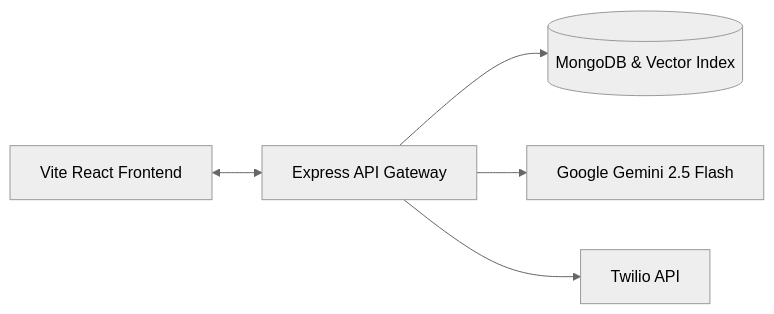
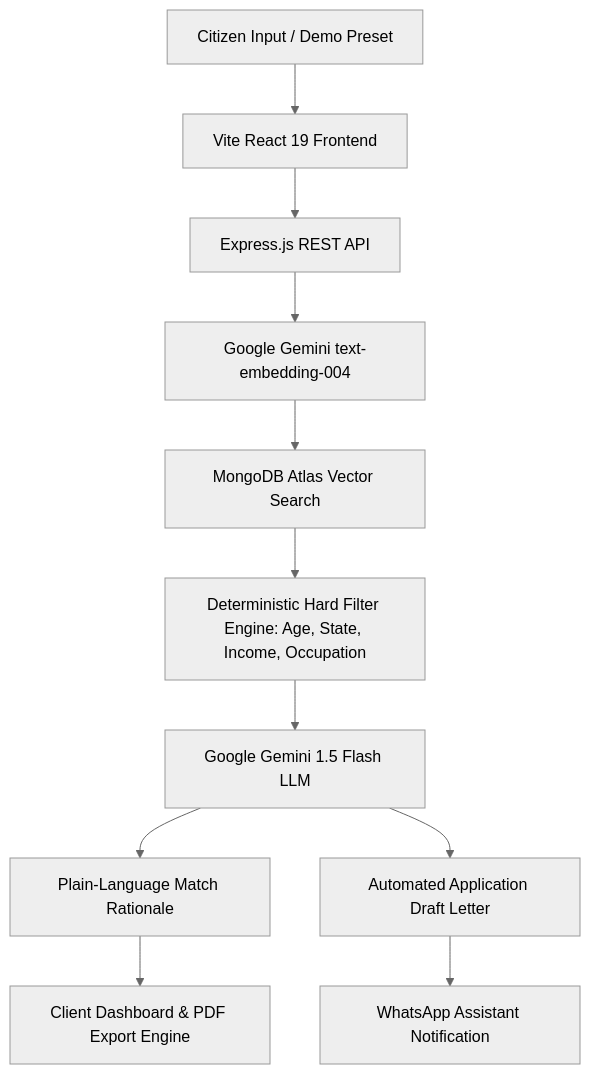
Before and after one commit to Yashsaxena27/Setu-AI: the diagram in README.md, drawn with Mermaid (neutral theme). The commit also changed other lines of this file, not shown here.

````diff
--- a/README.md
+++ b/README.md
@@ -53,7 +72,13 @@
 ```mermaid
-graph LR
-    A[Vite React Frontend] <--> B[Express API Gateway]
-    B --> C[(MongoDB & Vector Index)]
-    B --> D[Google Gemini 2.5 Flash]
-    B --> E[Twilio API]
+graph TD
+    A[Citizen Input / Demo Preset] --> B[Vite React 19 Frontend]
+    B --> C[Express.js REST API]
+    C --> D[Google Gemini text-embedding-004]
+    D --> E[MongoDB Atlas Vector Search]
+    E --> F[Deterministic Hard Filter Engine: Age, State, Income, Occupation]
+    F --> G[Google Gemini 1.5 Flash LLM]
+    G --> H[Plain-Language Match Rationale]
+    G --> I[Automated Application Draft Letter]
+    H --> J[Client Dashboard & PDF Export Engine]
+    I --> K[WhatsApp Assistant Notification]
 ```
````
